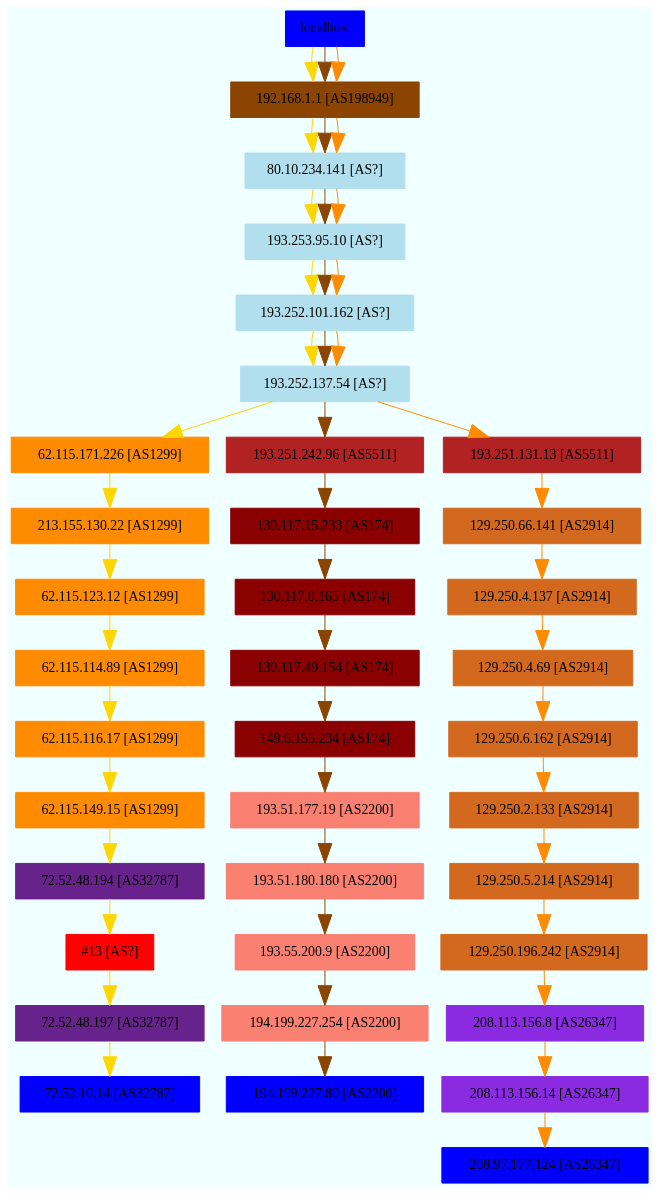
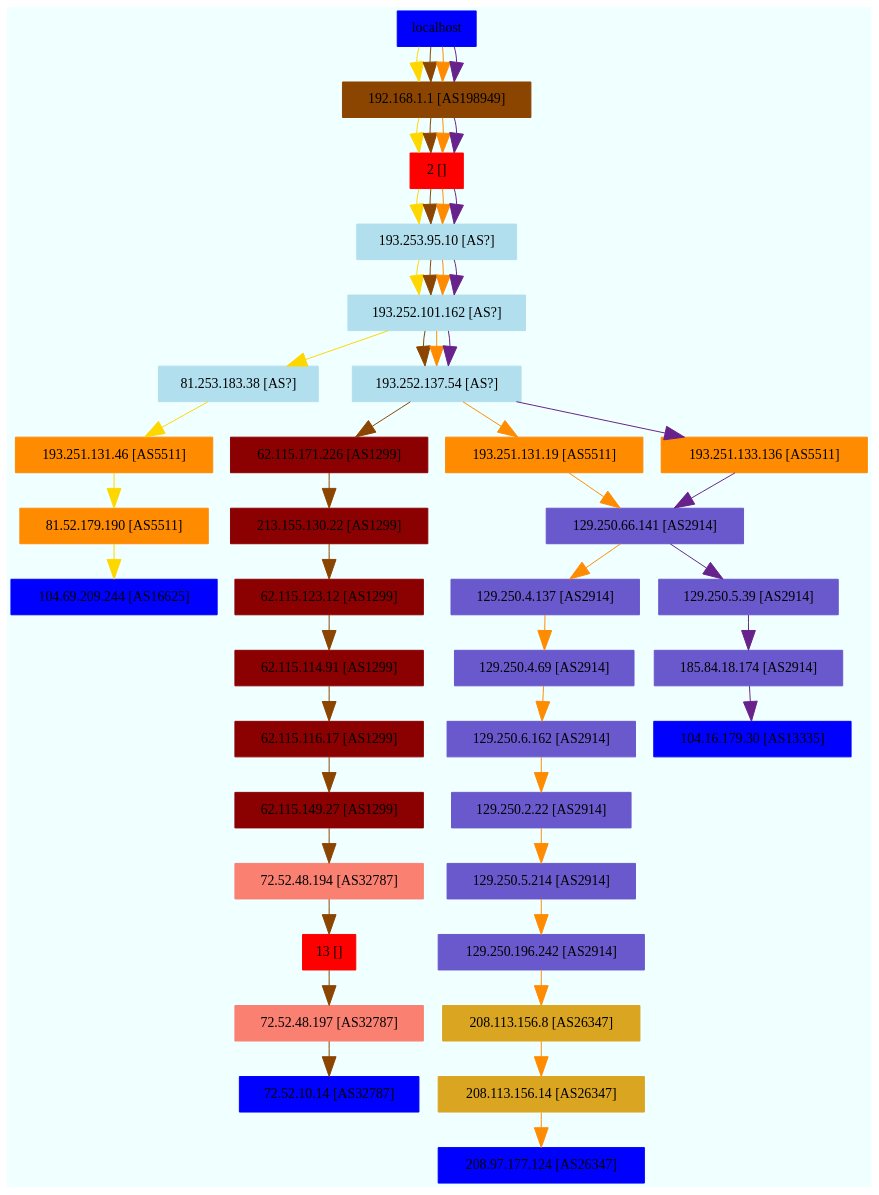
One commit to realquintus/NetSysAdmin_Tools changed the diagram in tools/autotrace/NetMap.dot. Above: the diagram before and after it, drawn with Graphviz. The commit also changed 7 other files, not shown here.

```diff
--- a/tools/autotrace/NetMap.dot
+++ b/tools/autotrace/NetMap.dot
@@ -1,57 +1,62 @@
 digraph NetMap{
 	bgcolor=azure;
 	node [shape=box, color=lightblue2, style=filled];
 	edge [arrowsize=2, color=gold];
 	localhost [color=blue]
 	localhost -> "192.168.1.1 [AS198949]";"192.168.1.1 [AS198949]" [color=darkorange4];
-	"192.168.1.1 [AS198949]" -> "80.10.234.141 [AS?]";"80.10.234.141 [AS?]" [color=lightblue2];
-	"80.10.234.141 [AS?]" -> "193.253.95.10 [AS?]";"193.253.95.10 [AS?]" [color=lightblue2];
+	"192.168.1.1 [AS198949]" -> "2 []";"2 []" [color=red];
+	"2 []" -> "193.253.95.10 [AS?]";"193.253.95.10 [AS?]" [color=lightblue2];
+	"193.253.95.10 [AS?]" -> "193.252.101.162 [AS?]";"193.252.101.162 [AS?]" [color=lightblue2];
+	"193.252.101.162 [AS?]" -> "81.253.183.38 [AS?]";"81.253.183.38 [AS?]" [color=lightblue2];
+	"81.253.183.38 [AS?]" -> "193.251.131.46 [AS5511]";"193.251.131.46 [AS5511]" [color=darkorange];
+	"193.251.131.46 [AS5511]" -> "81.52.179.190 [AS5511]";"81.52.179.190 [AS5511]" [color=darkorange];
+	"81.52.179.190 [AS5511]" -> "104.69.209.244 [AS16625]";"104.69.209.244 [AS16625]" [color=blueviolet];
+	"104.69.209.244 [AS16625]" [color=blue];
+	edge [arrowsize=2, color=darkorange4];
+	localhost -> "192.168.1.1 [AS198949]";"192.168.1.1 [AS198949]" [color=darkorange4];
+	"192.168.1.1 [AS198949]" -> "2 []";"2 []" [color=red];
+	"2 []" -> "193.253.95.10 [AS?]";"193.253.95.10 [AS?]" [color=lightblue2];
 	"193.253.95.10 [AS?]" -> "193.252.101.162 [AS?]";"193.252.101.162 [AS?]" [color=lightblue2];
 	"193.252.101.162 [AS?]" -> "193.252.137.54 [AS?]";"193.252.137.54 [AS?]" [color=lightblue2];
-	"193.252.137.54 [AS?]" -> "62.115.171.226 [AS1299]";"62.115.171.226 [AS1299]" [color=darkorange];
-	"62.115.171.226 [AS1299]" -> "213.155.130.22 [AS1299]";"213.155.130.22 [AS1299]" [color=darkorange];
-	"213.155.130.22 [AS1299]" -> "62.115.123.12 [AS1299]";"62.115.123.12 [AS1299]" [color=darkorange];
-	"62.115.123.12 [AS1299]" -> "62.115.114.89 [AS1299]";"62.115.114.89 [AS1299]" [color=darkorange];
-	"62.115.114.89 [AS1299]" -> "62.115.116.17 [AS1299]";"62.115.116.17 [AS1299]" [color=darkorange];
-	"62.115.116.17 [AS1299]" -> "62.115.149.15 [AS1299]";"62.115.149.15 [AS1299]" [color=darkorange];
-	"62.115.149.15 [AS1299]" -> "72.52.48.194 [AS32787]";"72.52.48.194 [AS32787]" [color=darkorchid4];
-	"72.52.48.194 [AS32787]" -> "#13 [AS?]";"#13 [AS?]" [color=red];
-	"#13 [AS?]" -> "72.52.48.197 [AS32787]";"72.52.48.197 [AS32787]" [color=darkorchid4];
-	"72.52.48.197 [AS32787]" -> "72.52.10.14 [AS32787]";"72.52.10.14 [AS32787]" [color=darkorchid4];
+	"193.252.137.54 [AS?]" -> "62.115.171.226 [AS1299]";"62.115.171.226 [AS1299]" [color=red4];
+	"62.115.171.226 [AS1299]" -> "213.155.130.22 [AS1299]";"213.155.130.22 [AS1299]" [color=red4];
+	"213.155.130.22 [AS1299]" -> "62.115.123.12 [AS1299]";"62.115.123.12 [AS1299]" [color=red4];
+	"62.115.123.12 [AS1299]" -> "62.115.114.91 [AS1299]";"62.115.114.91 [AS1299]" [color=red4];
+	"62.115.114.91 [AS1299]" -> "62.115.116.17 [AS1299]";"62.115.116.17 [AS1299]" [color=red4];
+	"62.115.116.17 [AS1299]" -> "62.115.149.27 [AS1299]";"62.115.149.27 [AS1299]" [color=red4];
+	"62.115.149.27 [AS1299]" -> "72.52.48.194 [AS32787]";"72.52.48.194 [AS32787]" [color=salmon];
+	"72.52.48.194 [AS32787]" -> "13 []";"13 []" [color=red];
+	"13 []" -> "72.52.48.197 [AS32787]";"72.52.48.197 [AS32787]" [color=salmon];
+	"72.52.48.197 [AS32787]" -> "72.52.10.14 [AS32787]";"72.52.10.14 [AS32787]" [color=salmon];
 	"72.52.10.14 [AS32787]" [color=blue];
-	edge [arrowsize=2, color=darkorange4];
+	edge [arrowsize=2, color=darkorange];
 	localhost -> "192.168.1.1 [AS198949]";"192.168.1.1 [AS198949]" [color=darkorange4];
-	"192.168.1.1 [AS198949]" -> "80.10.234.141 [AS?]";"80.10.234.141 [AS?]" [color=lightblue2];
-	"80.10.234.141 [AS?]" -> "193.253.95.10 [AS?]";"193.253.95.10 [AS?]" [color=lightblue2];
+	"192.168.1.1 [AS198949]" -> "2 []";"2 []" [color=red];
+	"2 []" -> "193.253.95.10 [AS?]";"193.253.95.10 [AS?]" [color=lightblue2];
 	"193.253.95.10 [AS?]" -> "193.252.101.162 [AS?]";"193.252.101.162 [AS?]" [color=lightblue2];
 	"193.252.101.162 [AS?]" -> "193.252.137.54 [AS?]";"193.252.137.54 [AS?]" [color=lightblue2];
-	"193.252.137.54 [AS?]" -> "193.251.242.96 [AS5511]";"193.251.242.96 [AS5511]" [color=firebrick];
-	"193.251.242.96 [AS5511]" -> "130.117.15.233 [AS174]";"130.117.15.233 [AS174]" [color=red4];
-	"130.117.15.233 [AS174]" -> "130.117.0.165 [AS174]";"130.117.0.165 [AS174]" [color=red4];
-	"130.117.0.165 [AS174]" -> "130.117.49.154 [AS174]";"130.117.49.154 [AS174]" [color=red4];
-	"130.117.49.154 [AS174]" -> "149.6.155.234 [AS174]";"149.6.155.234 [AS174]" [color=red4];
-	"149.6.155.234 [AS174]" -> "193.51.177.19 [AS2200]";"193.51.177.19 [AS2200]" [color=salmon];
-	"193.51.177.19 [AS2200]" -> "193.51.180.180 [AS2200]";"193.51.180.180 [AS2200]" [color=salmon];
-	"193.51.180.180 [AS2200]" -> "193.55.200.9 [AS2200]";"193.55.200.9 [AS2200]" [color=salmon];
-	"193.55.200.9 [AS2200]" -> "194.199.227.254 [AS2200]";"194.199.227.254 [AS2200]" [color=salmon];
-	"194.199.227.254 [AS2200]" -> "194.199.227.80 [AS2200]";"194.199.227.80 [AS2200]" [color=salmon];
-	"194.199.227.80 [AS2200]" [color=blue];
-	edge [arrowsize=2, color=darkorange];
+	"193.252.137.54 [AS?]" -> "193.251.131.19 [AS5511]";"193.251.131.19 [AS5511]" [color=darkorange];
+	"193.251.131.19 [AS5511]" -> "129.250.66.141 [AS2914]";"129.250.66.141 [AS2914]" [color=slateblue3];
+	"129.250.66.141 [AS2914]" -> "129.250.4.137 [AS2914]";"129.250.4.137 [AS2914]" [color=slateblue3];
+	"129.250.4.137 [AS2914]" -> "129.250.4.69 [AS2914]";"129.250.4.69 [AS2914]" [color=slateblue3];
+	"129.250.4.69 [AS2914]" -> "129.250.6.162 [AS2914]";"129.250.6.162 [AS2914]" [color=slateblue3];
+	"129.250.6.162 [AS2914]" -> "129.250.2.22 [AS2914]";"129.250.2.22 [AS2914]" [color=slateblue3];
+	"129.250.2.22 [AS2914]" -> "129.250.5.214 [AS2914]";"129.250.5.214 [AS2914]" [color=slateblue3];
+	"129.250.5.214 [AS2914]" -> "129.250.196.242 [AS2914]";"129.250.196.242 [AS2914]" [color=slateblue3];
+	"129.250.196.242 [AS2914]" -> "208.113.156.8 [AS26347]";"208.113.156.8 [AS26347]" [color=goldenrod];
+	"208.113.156.8 [AS26347]" -> "208.113.156.14 [AS26347]";"208.113.156.14 [AS26347]" [color=goldenrod];
+	"208.113.156.14 [AS26347]" -> "208.97.177.124 [AS26347]";"208.97.177.124 [AS26347]" [color=goldenrod];
+	"208.97.177.124 [AS26347]" [color=blue];
+	edge [arrowsize=2, color=darkorchid4];
 	localhost -> "192.168.1.1 [AS198949]";"192.168.1.1 [AS198949]" [color=darkorange4];
-	"192.168.1.1 [AS198949]" -> "80.10.234.141 [AS?]";"80.10.234.141 [AS?]" [color=lightblue2];
-	"80.10.234.141 [AS?]" -> "193.253.95.10 [AS?]";"193.253.95.10 [AS?]" [color=lightblue2];
+	"192.168.1.1 [AS198949]" -> "2 []";"2 []" [color=red];
+	"2 []" -> "193.253.95.10 [AS?]";"193.253.95.10 [AS?]" [color=lightblue2];
 	"193.253.95.10 [AS?]" -> "193.252.101.162 [AS?]";"193.252.101.162 [AS?]" [color=lightblue2];
 	"193.252.101.162 [AS?]" -> "193.252.137.54 [AS?]";"193.252.137.54 [AS?]" [color=lightblue2];
-	"193.252.137.54 [AS?]" -> "193.251.131.13 [AS5511]";"193.251.131.13 [AS5511]" [color=firebrick];
-	"193.251.131.13 [AS5511]" -> "129.250.66.141 [AS2914]";"129.250.66.141 [AS2914]" [color=chocolate];
-	"129.250.66.141 [AS2914]" -> "129.250.4.137 [AS2914]";"129.250.4.137 [AS2914]" [color=chocolate];
-	"129.250.4.137 [AS2914]" -> "129.250.4.69 [AS2914]";"129.250.4.69 [AS2914]" [color=chocolate];
-	"129.250.4.69 [AS2914]" -> "129.250.6.162 [AS2914]";"129.250.6.162 [AS2914]" [color=chocolate];
-	"129.250.6.162 [AS2914]" -> "129.250.2.133 [AS2914]";"129.250.2.133 [AS2914]" [color=chocolate];
-	"129.250.2.133 [AS2914]" -> "129.250.5.214 [AS2914]";"129.250.5.214 [AS2914]" [color=chocolate];
-	"129.250.5.214 [AS2914]" -> "129.250.196.242 [AS2914]";"129.250.196.242 [AS2914]" [color=chocolate];
-	"129.250.196.242 [AS2914]" -> "208.113.156.8 [AS26347]";"208.113.156.8 [AS26347]" [color=blueviolet];
-	"208.113.156.8 [AS26347]" -> "208.113.156.14 [AS26347]";"208.113.156.14 [AS26347]" [color=blueviolet];
-	"208.113.156.14 [AS26347]" -> "208.97.177.124 [AS26347]";"208.97.177.124 [AS26347]" [color=blueviolet];
-	"208.97.177.124 [AS26347]" [color=blue];
+	"193.252.137.54 [AS?]" -> "193.251.133.136 [AS5511]";"193.251.133.136 [AS5511]" [color=darkorange];
+	"193.251.133.136 [AS5511]" -> "129.250.66.141 [AS2914]";"129.250.66.141 [AS2914]" [color=slateblue3];
+	"129.250.66.141 [AS2914]" -> "129.250.5.39 [AS2914]";"129.250.5.39 [AS2914]" [color=slateblue3];
+	"129.250.5.39 [AS2914]" -> "185.84.18.174 [AS2914]";"185.84.18.174 [AS2914]" [color=slateblue3];
+	"185.84.18.174 [AS2914]" -> "104.16.179.30 [AS13335]";"104.16.179.30 [AS13335]" [color=firebrick];
+	"104.16.179.30 [AS13335]" [color=blue];
 }
```
